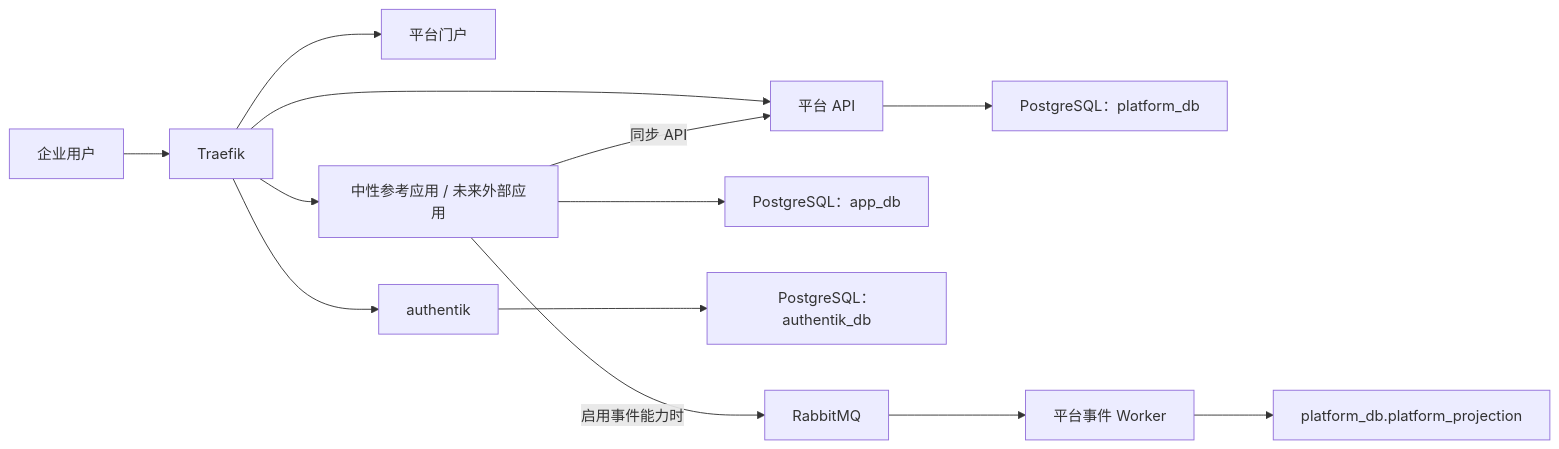
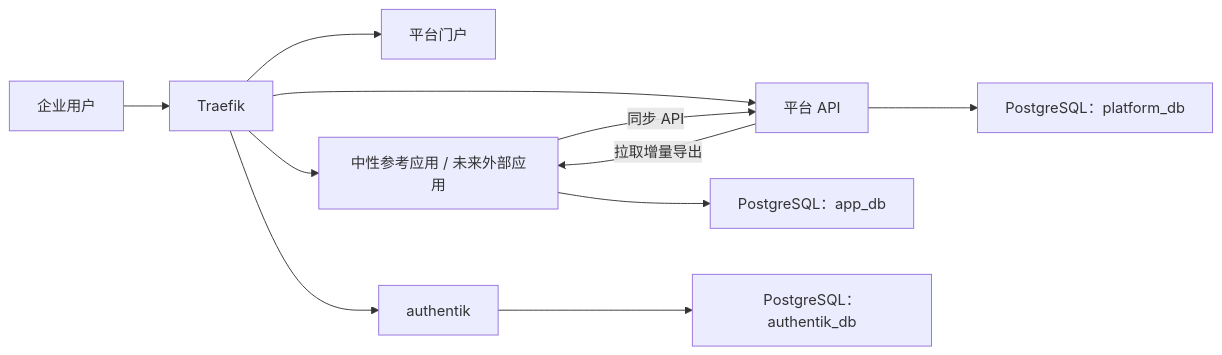
The diagram in docs/implementation-plan.md (tonycc/ai-hub), drawn with Mermaid before and after one commit. The commit also changed other lines of this file and 26 other files, not shown here.

````diff
--- a/docs/implementation-plan.md
+++ b/docs/implementation-plan.md
@@ -54,17 +53,15 @@
 ```mermaid
 flowchart LR
     USER["企业用户"] --> EDGE["Traefik"]
     EDGE --> PORTAL["平台门户"]
     EDGE --> APP["中性参考应用 / 未来外部应用"]
     EDGE --> PLATFORM["平台 API"]
     EDGE --> AUTH["authentik"]
 
     PLATFORM --> PDB["PostgreSQL：platform_db"]
     APP --> ADB["PostgreSQL：app_db"]
     AUTH --> IDB["PostgreSQL：authentik_db"]
 
     APP -->|"同步 API"| PLATFORM
-    APP -->|"启用事件能力时"| MQ["RabbitMQ"]
-    MQ --> WORKER["平台事件 Worker"]
-    WORKER --> PROJ["platform_db.platform_projection"]
+    PLATFORM -->|"拉取增量导出"| APP
 ```
````
